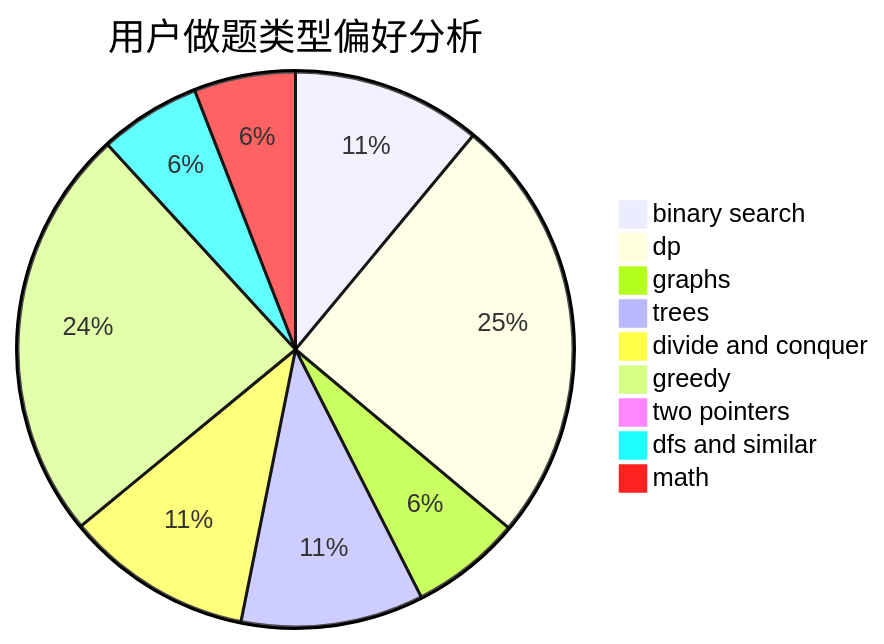
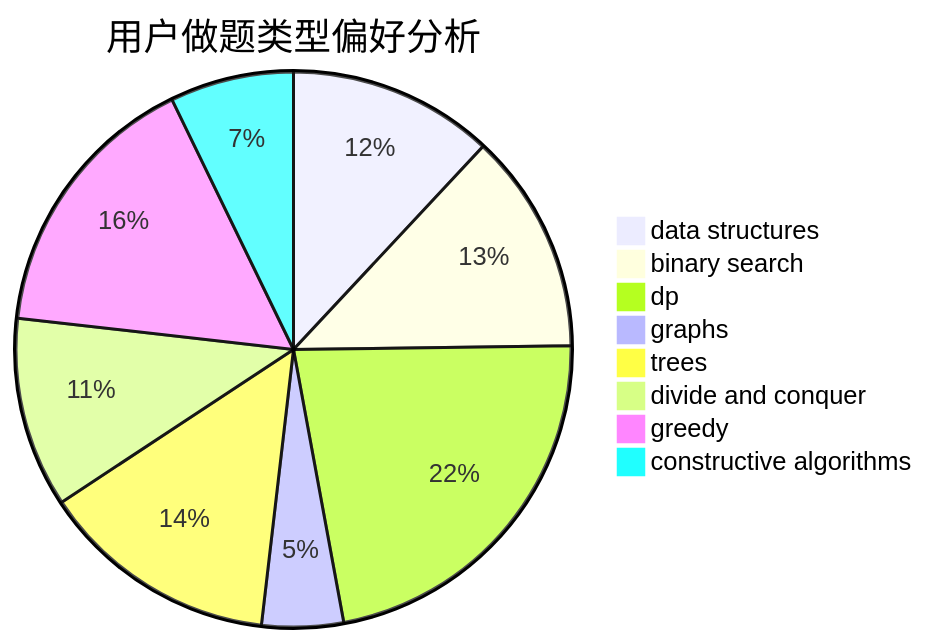
The second of 3 diagrams in docs/user/u166.md (sherpahu/cfrs.github.io), drawn with Mermaid before and after one commit. The commit also changed other lines of this file and 2775 other files, not shown here.

````diff
--- a/docs/user/u166.md
+++ b/docs/user/u166.md
@@ -23,12 +23,11 @@
 ```mermaid
 pie title 用户做题类型偏好分析
-    "binary search" :  84
-    "dp" :  191
-    "graphs" :  49
-    "trees" :  81
-    "divide and conquer" :  83
-    "greedy" :  184
-    "two pointers" :  5
-    "dfs and similar" :  45
-    "math" :  45
+    "data structures" :  68
+    "binary search" :  73
+    "dp" :  127
+    "graphs" :  27
+    "trees" :  79
+    "divide and conquer" :  63
+    "greedy" :  91
+    "constructive algorithms" :  41
 ```
````
